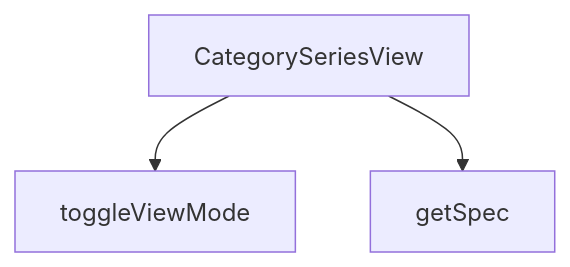
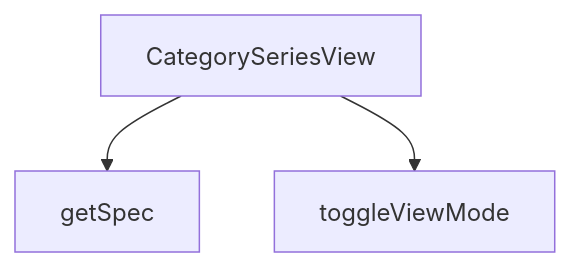
One commit to peckop/venthub-hvac-esite changed the diagram in src/views/category/CategorySeriesView.md. Above: the diagram before and after it, drawn with Mermaid. The commit also changed other lines of this file and 723 other files, not shown here.

````diff
--- a/src/views/category/CategorySeriesView.md
+++ b/src/views/category/CategorySeriesView.md
@@ -127,8 +123,8 @@
 ```mermaid
 graph TD
     CategorySeriesView_tsx__CategorySeriesView["CategorySeriesView"]
     CategorySeriesView_tsx__getSpec["getSpec"]
     CategorySeriesView_tsx__toggleViewMode["toggleViewMode"]
+    CategorySeriesView_tsx__CategorySeriesView --> CategorySeriesView_tsx__getSpec
     CategorySeriesView_tsx__CategorySeriesView --> CategorySeriesView_tsx__toggleViewMode
-    CategorySeriesView_tsx__CategorySeriesView --> CategorySeriesView_tsx__getSpec
 ```
````
